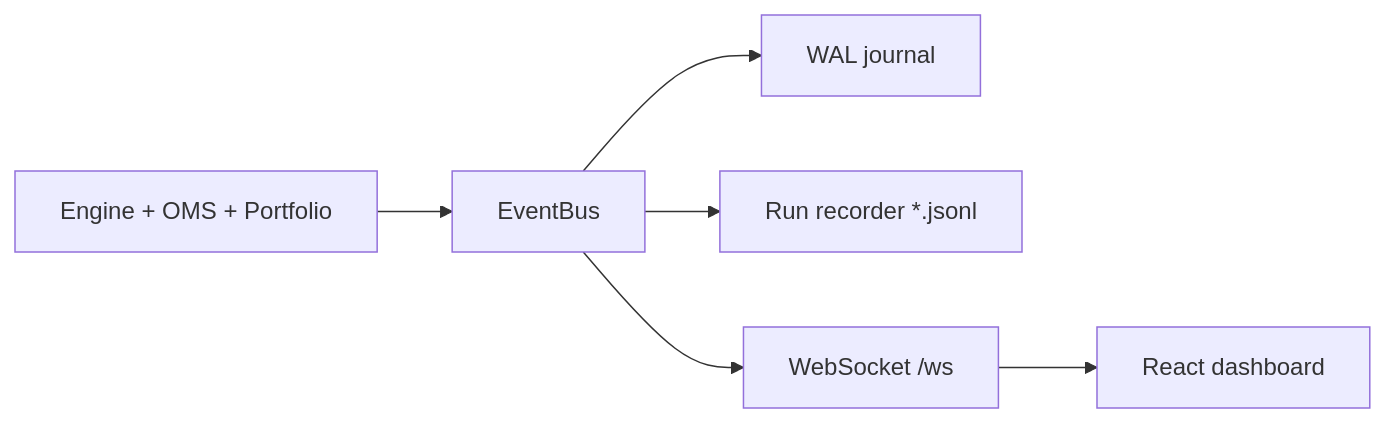
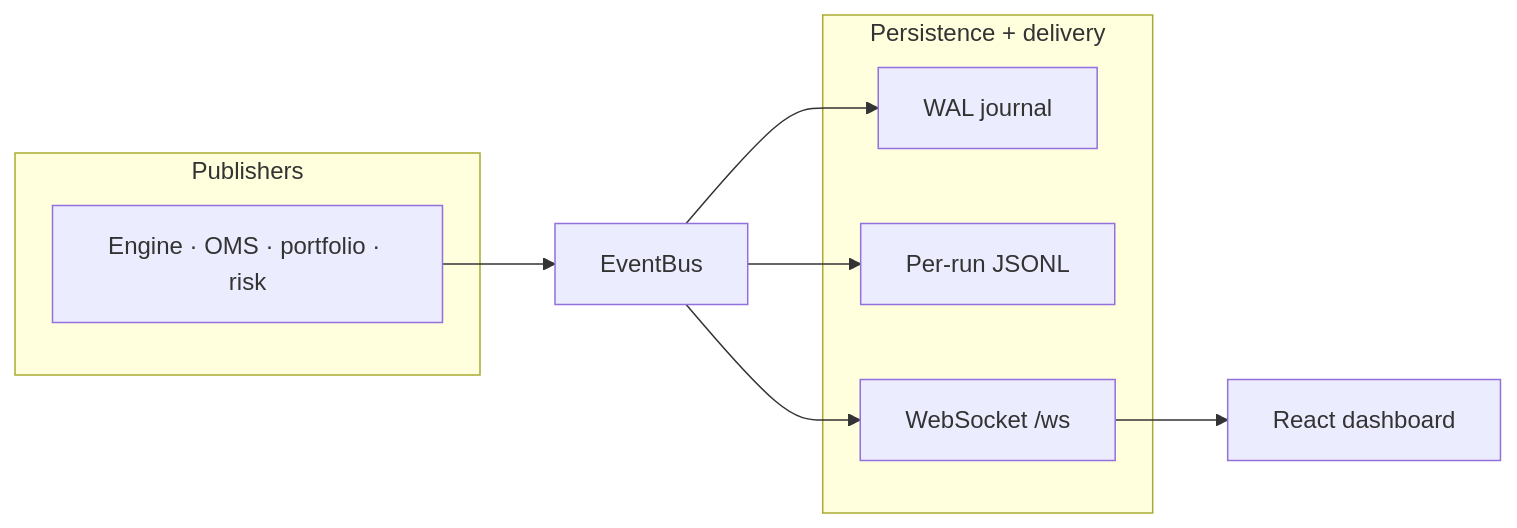
The fourth of 8 diagrams in README.md (Zendragon98/algo-trading-hub), drawn with Mermaid before and after one commit. The commit also changed other lines of this file and 2 other files, not shown here.

First line of the commit message:
Update architecture diagrams and enhance documentation clarity

````diff
--- a/README.md
+++ b/README.md
@@ -166,8 +168,18 @@
 ```mermaid
 flowchart LR
-    ENG[Engine + OMS + Portfolio] --> BUS[EventBus]
-    BUS --> WAL[WAL journal]
-    BUS --> REC[Run recorder *.jsonl]
-    BUS --> WSS[WebSocket /ws]
-    WSS --> UI[React dashboard]
+    subgraph Produce["Publishers"]
+        ENG["Engine · OMS · portfolio · risk"]
+    end
+    BUS["EventBus"]
+    subgraph Sink["Persistence + delivery"]
+        WAL["WAL journal"]
+        REC["Per-run JSONL"]
+        WSS["WebSocket /ws"]
+    end
+    UI["React dashboard"]
+    ENG --> BUS
+    BUS --> WAL
+    BUS --> REC
+    BUS --> WSS
+    WSS --> UI
 ```
````
